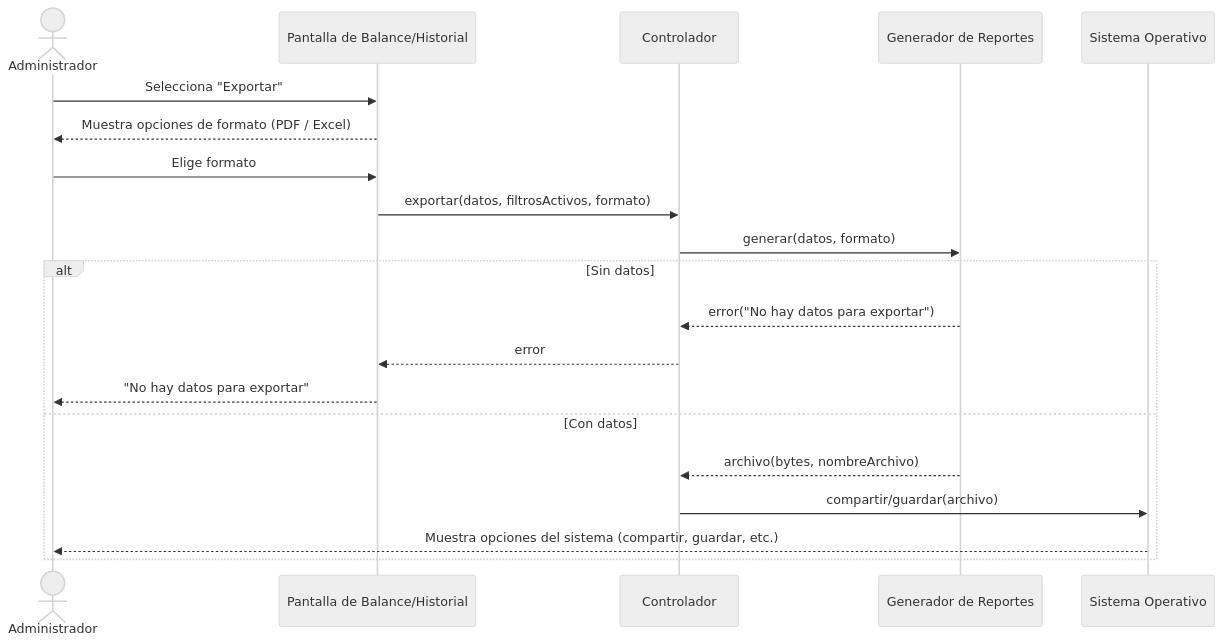
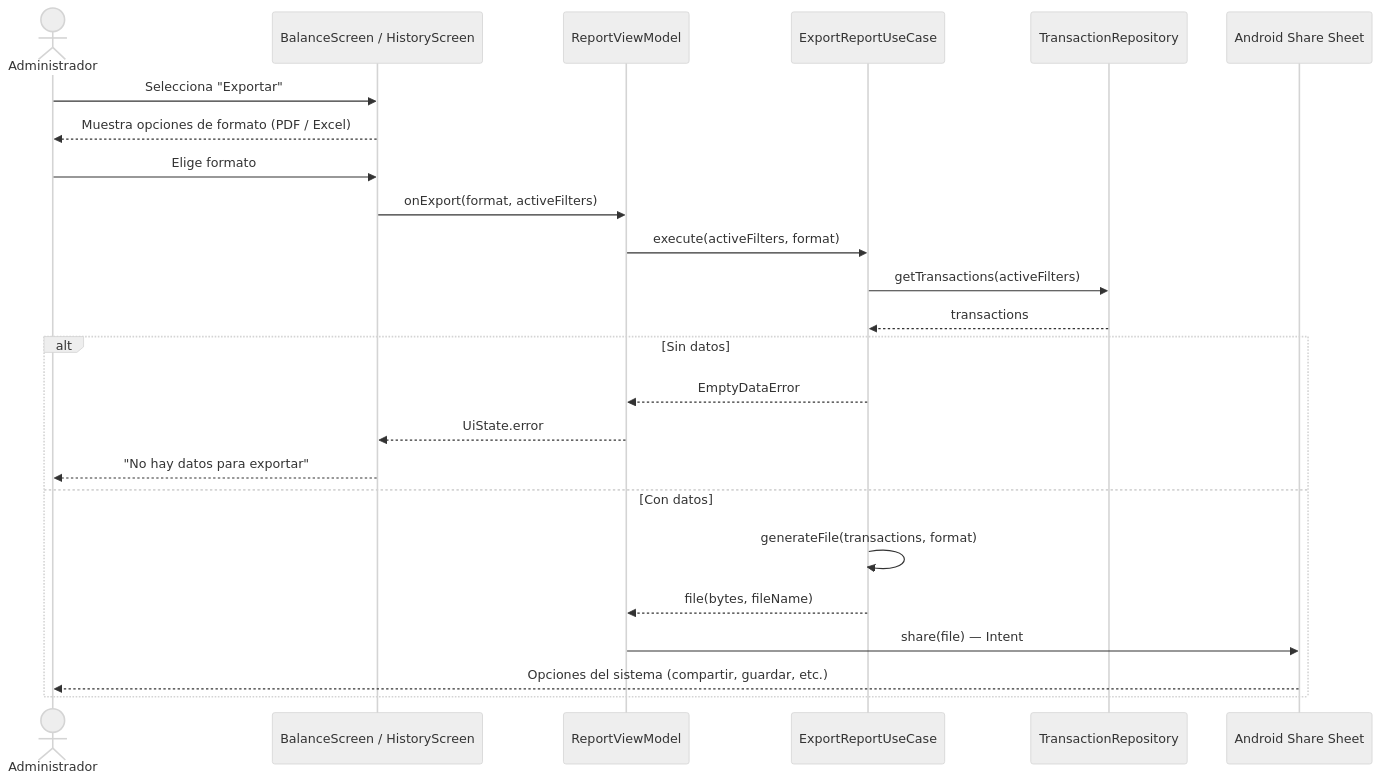
The sixth of 6 diagrams in docs/3-casos-uso-uml/diagramas_secuencia.md (Mundolel/SGE), drawn with Mermaid (neutral theme) before and after one commit. The commit also changed other lines of this file and 2 other files, not shown here.

First line of the commit message:
docs: align UML deliverables with architecture ADRs (#28)

````diff
--- a/docs/3-casos-uso-uml/diagramas_secuencia.md
+++ b/docs/3-casos-uso-uml/diagramas_secuencia.md
@@ -216,25 +230,29 @@
 ```mermaid
 sequenceDiagram
     actor Admin as Administrador
-    participant UI as Pantalla de Balance/Historial
-    participant Ctrl as Controlador
-    participant Gen as Generador de Reportes
-    participant OS as Sistema Operativo
+    participant Screen as BalanceScreen / HistoryScreen
+    participant VM as ReportViewModel
+    participant UC as ExportReportUseCase
+    participant Repo as TransactionRepository
+    participant OS as Android Share Sheet
 
-    Admin->>UI: Selecciona "Exportar"
-    UI-->>Admin: Muestra opciones de formato (PDF / Excel)
-    Admin->>UI: Elige formato
+    Admin->>Screen: Selecciona "Exportar"
+    Screen-->>Admin: Muestra opciones de formato (PDF / Excel)
+    Admin->>Screen: Elige formato
 
-    UI->>Ctrl: exportar(datos, filtrosActivos, formato)
-    Ctrl->>Gen: generar(datos, formato)
+    Screen->>VM: onExport(format, activeFilters)
+    VM->>UC: execute(activeFilters, format)
+    UC->>Repo: getTransactions(activeFilters)
+    Repo-->>UC: transactions
 
     alt Sin datos
-        Gen-->>Ctrl: error("No hay datos para exportar")
-        Ctrl-->>UI: error
-        UI-->>Admin: "No hay datos para exportar"
+        UC-->>VM: EmptyDataError
+        VM-->>Screen: UiState.error
+        Screen-->>Admin: "No hay datos para exportar"
     else Con datos
-        Gen-->>Ctrl: archivo(bytes, nombreArchivo)
-        Ctrl->>OS: compartir/guardar(archivo)
-        OS-->>Admin: Muestra opciones del sistema (compartir, guardar, etc.)
+        UC->>UC: generateFile(transactions, format)
+        UC-->>VM: file(bytes, fileName)
+        VM->>OS: share(file) — Intent
+        OS-->>Admin: Opciones del sistema (compartir, guardar, etc.)
     end
 ```
````
